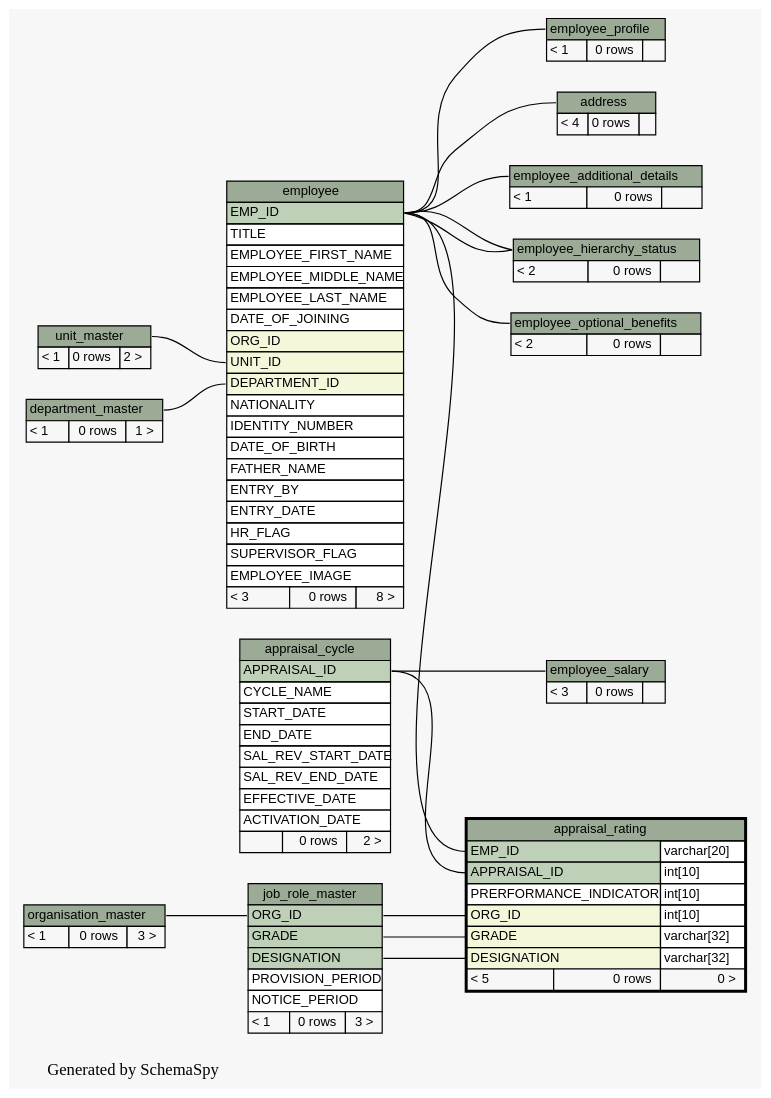
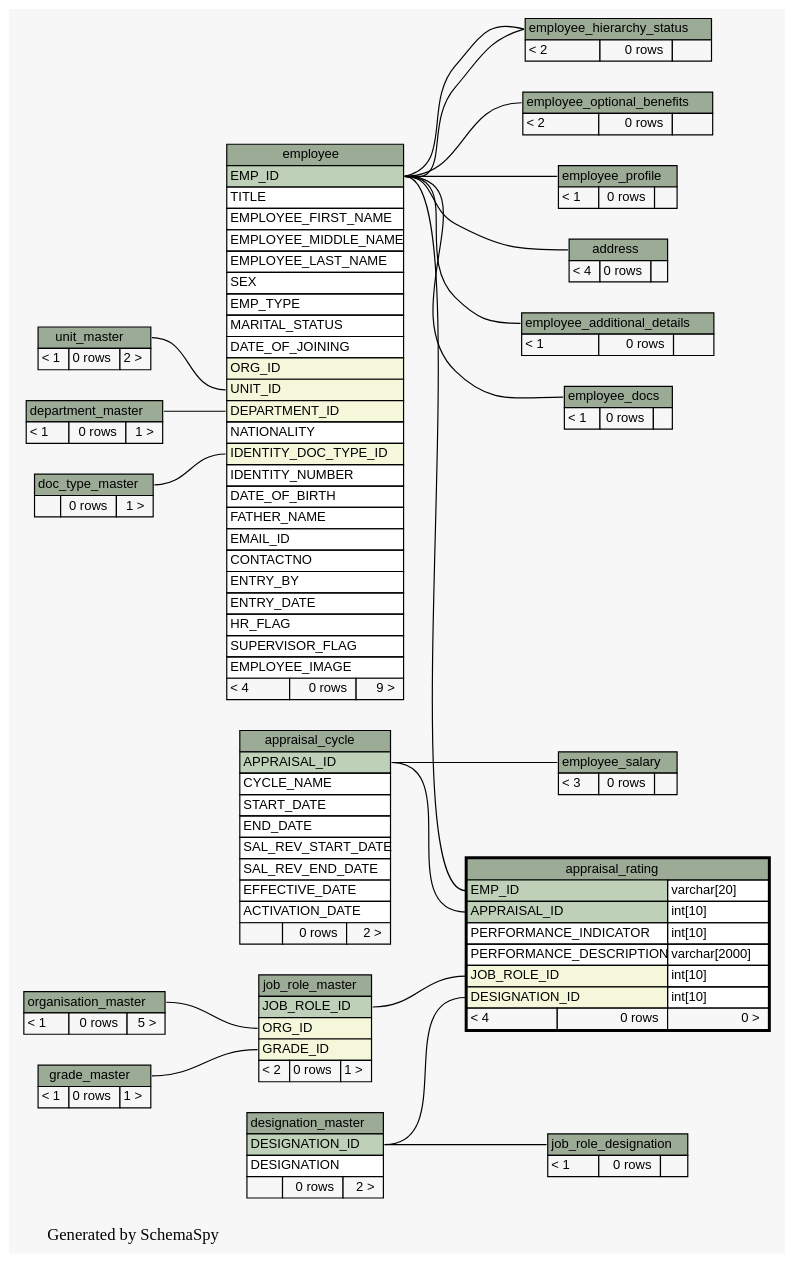
The diagram in docs/database/schemaspy/graphs/appraisal_rating.2degrees.dot (engineerscraft/hrms), drawn with Graphviz before and after one commit. The commit also changed 201 other files, not shown here.

```diff
--- a/docs/database/schemaspy/graphs/appraisal_rating.2degrees.dot
+++ b/docs/database/schemaspy/graphs/appraisal_rating.2degrees.dot
@@ -16,19 +16,22 @@
   ];
   "address":"address.heading":w -> "employee":"EMP_ID":e [arrowtail=tee arrowhead=none];
   "appraisal_rating":"APPRAISAL_ID":w -> "appraisal_cycle":"APPRAISAL_ID":e [arrowtail=crowtee arrowhead=none];
-  "appraisal_rating":"DESIGNATION":w -> "job_role_master":"DESIGNATION":e [arrowtail=crowodot arrowhead=none];
+  "appraisal_rating":"DESIGNATION_ID":w -> "designation_master":"DESIGNATION_ID":e [arrowtail=crowodot arrowhead=none];
   "appraisal_rating":"EMP_ID":w -> "employee":"EMP_ID":e [arrowtail=crowtee arrowhead=none];
-  "appraisal_rating":"GRADE":w -> "job_role_master":"GRADE":e [arrowtail=crowodot arrowhead=none];
-  "appraisal_rating":"ORG_ID":w -> "job_role_master":"ORG_ID":e [arrowtail=crowodot arrowhead=none];
+  "appraisal_rating":"JOB_ROLE_ID":w -> "job_role_master":"JOB_ROLE_ID":e [arrowtail=crowodot arrowhead=none];
   "employee":"DEPARTMENT_ID":w -> "department_master":"department_master.heading":e [arrowtail=crowodot arrowhead=none];
+  "employee":"IDENTITY_DOC_TYPE_ID":w -> "doc_type_master":"doc_type_master.heading":e [arrowtail=crowodot arrowhead=none];
   "employee":"UNIT_ID":w -> "unit_master":"unit_master.heading":e [arrowtail=crowodot arrowhead=none];
   "employee_additional_details":"employee_additional_details.heading":w -> "employee":"EMP_ID":e [arrowtail=tee arrowhead=none];
+  "employee_docs":"employee_docs.heading":w -> "employee":"EMP_ID":e [arrowtail=crowtee arrowhead=none];
   "employee_hierarchy_status":"employee_hierarchy_status.heading":w -> "employee":"EMP_ID":e [arrowtail=tee arrowhead=none];
   "employee_hierarchy_status":"employee_hierarchy_status.heading":w -> "employee":"EMP_ID":e [arrowtail=crowodot arrowhead=none];
   "employee_optional_benefits":"employee_optional_benefits.heading":w -> "employee":"EMP_ID":e [arrowtail=crowodot arrowhead=none];
   "employee_profile":"employee_profile.heading":w -> "employee":"EMP_ID":e [arrowtail=tee arrowhead=none];
   "employee_salary":"employee_salary.heading":w -> "appraisal_cycle":"APPRAISAL_ID":e [arrowtail=crowtee arrowhead=none];
-  "job_role_master":"ORG_ID":w -> "organisation_master":"organisation_master.heading":e [arrowtail=crowtee arrowhead=none];
+  "job_role_designation":"job_role_designation.heading":w -> "designation_master":"DESIGNATION_ID":e [arrowtail=crowtee arrowhead=none];
+  "job_role_master":"GRADE_ID":w -> "grade_master":"grade_master.heading":e [arrowtail=crowodot arrowhead=none];
+  "job_role_master":"ORG_ID":w -> "organisation_master":"organisation_master.heading":e [arrowtail=crowodot arrowhead=none];
   "address" [
     label=<
     <TABLE BORDER="0" CELLBORDER="1" CELLSPACING="0" BGCOLOR="#ffffff">
@@ -61,11 +64,11 @@
       <TR><TD PORT="appraisal_rating.heading" COLSPAN="3" BGCOLOR="#9bab96" ALIGN="CENTER">appraisal_rating</TD></TR>
       <TR><TD PORT="EMP_ID" COLSPAN="2" BGCOLOR="#bed1b8" ALIGN="LEFT">EMP_ID</TD><TD PORT="EMP_ID.type" ALIGN="LEFT">varchar[20]</TD></TR>
       <TR><TD PORT="APPRAISAL_ID" COLSPAN="2" BGCOLOR="#bed1b8" ALIGN="LEFT">APPRAISAL_ID</TD><TD PORT="APPRAISAL_ID.type" ALIGN="LEFT">int[10]</TD></TR>
-      <TR><TD PORT="PRERFORMANCE_INDICATOR" COLSPAN="2" ALIGN="LEFT">PRERFORMANCE_INDICATOR</TD><TD PORT="PRERFORMANCE_INDICATOR.type" ALIGN="LEFT">int[10]</TD></TR>
-      <TR><TD PORT="ORG_ID" COLSPAN="2" BGCOLOR="#f4f7da" ALIGN="LEFT">ORG_ID</TD><TD PORT="ORG_ID.type" ALIGN="LEFT">int[10]</TD></TR>
-      <TR><TD PORT="GRADE" COLSPAN="2" BGCOLOR="#f4f7da" ALIGN="LEFT">GRADE</TD><TD PORT="GRADE.type" ALIGN="LEFT">varchar[32]</TD></TR>
-      <TR><TD PORT="DESIGNATION" COLSPAN="2" BGCOLOR="#f4f7da" ALIGN="LEFT">DESIGNATION</TD><TD PORT="DESIGNATION.type" ALIGN="LEFT">varchar[32]</TD></TR>
-      <TR><TD ALIGN="LEFT" BGCOLOR="#f7f7f7">&lt; 5</TD><TD ALIGN="RIGHT" BGCOLOR="#f7f7f7">0 rows</TD><TD ALIGN="RIGHT" BGCOLOR="#f7f7f7">0 &gt;</TD></TR>
+      <TR><TD PORT="PERFORMANCE_INDICATOR" COLSPAN="2" ALIGN="LEFT">PERFORMANCE_INDICATOR</TD><TD PORT="PERFORMANCE_INDICATOR.type" ALIGN="LEFT">int[10]</TD></TR>
+      <TR><TD PORT="PERFORMANCE_DESCRIPTION" COLSPAN="2" ALIGN="LEFT">PERFORMANCE_DESCRIPTION</TD><TD PORT="PERFORMANCE_DESCRIPTION.type" ALIGN="LEFT">varchar[2000]</TD></TR>
+      <TR><TD PORT="JOB_ROLE_ID" COLSPAN="2" BGCOLOR="#f4f7da" ALIGN="LEFT">JOB_ROLE_ID</TD><TD PORT="JOB_ROLE_ID.type" ALIGN="LEFT">int[10]</TD></TR>
+      <TR><TD PORT="DESIGNATION_ID" COLSPAN="2" BGCOLOR="#f4f7da" ALIGN="LEFT">DESIGNATION_ID</TD><TD PORT="DESIGNATION_ID.type" ALIGN="LEFT">int[10]</TD></TR>
+      <TR><TD ALIGN="LEFT" BGCOLOR="#f7f7f7">&lt; 4</TD><TD ALIGN="RIGHT" BGCOLOR="#f7f7f7">0 rows</TD><TD ALIGN="RIGHT" BGCOLOR="#f7f7f7">0 &gt;</TD></TR>
     </TABLE>>
     URL="appraisal_rating.html#"
     tooltip="appraisal_rating"
@@ -79,6 +82,26 @@
     URL="department_master.html#graph"
     tooltip="department_master"
   ];
+  "designation_master" [
+    label=<
+    <TABLE BORDER="0" CELLBORDER="1" CELLSPACING="0" BGCOLOR="#ffffff">
+      <TR><TD PORT="designation_master.heading" COLSPAN="3" BGCOLOR="#9bab96" ALIGN="CENTER">designation_master</TD></TR>
+      <TR><TD PORT="DESIGNATION_ID" COLSPAN="3" BGCOLOR="#bed1b8" ALIGN="LEFT">DESIGNATION_ID</TD></TR>
+      <TR><TD PORT="DESIGNATION" COLSPAN="3" ALIGN="LEFT">DESIGNATION</TD></TR>
+      <TR><TD ALIGN="LEFT" BGCOLOR="#f7f7f7">  </TD><TD ALIGN="RIGHT" BGCOLOR="#f7f7f7">0 rows</TD><TD ALIGN="RIGHT" BGCOLOR="#f7f7f7">2 &gt;</TD></TR>
+    </TABLE>>
+    URL="designation_master.html#graph"
+    tooltip="designation_master"
+  ];
+  "doc_type_master" [
+    label=<
+    <TABLE BORDER="0" CELLBORDER="1" CELLSPACING="0" BGCOLOR="#ffffff">
+      <TR><TD PORT="doc_type_master.heading" COLSPAN="3" BGCOLOR="#9bab96" ALIGN="CENTER">doc_type_master</TD></TR>
+      <TR><TD ALIGN="LEFT" BGCOLOR="#f7f7f7">  </TD><TD ALIGN="RIGHT" BGCOLOR="#f7f7f7">0 rows</TD><TD ALIGN="RIGHT" BGCOLOR="#f7f7f7">1 &gt;</TD></TR>
+    </TABLE>>
+    URL="doc_type_master.html#graph"
+    tooltip="doc_type_master"
+  ];
   "employee" [
     label=<
     <TABLE BORDER="0" CELLBORDER="1" CELLSPACING="0" BGCOLOR="#ffffff">
@@ -88,20 +111,26 @@
       <TR><TD PORT="EMPLOYEE_FIRST_NAME" COLSPAN="3" ALIGN="LEFT">EMPLOYEE_FIRST_NAME</TD></TR>
       <TR><TD PORT="EMPLOYEE_MIDDLE_NAME" COLSPAN="3" ALIGN="LEFT">EMPLOYEE_MIDDLE_NAME</TD></TR>
       <TR><TD PORT="EMPLOYEE_LAST_NAME" COLSPAN="3" ALIGN="LEFT">EMPLOYEE_LAST_NAME</TD></TR>
+      <TR><TD PORT="SEX" COLSPAN="3" ALIGN="LEFT">SEX</TD></TR>
+      <TR><TD PORT="EMP_TYPE" COLSPAN="3" ALIGN="LEFT">EMP_TYPE</TD></TR>
+      <TR><TD PORT="MARITAL_STATUS" COLSPAN="3" ALIGN="LEFT">MARITAL_STATUS</TD></TR>
       <TR><TD PORT="DATE_OF_JOINING" COLSPAN="3" ALIGN="LEFT">DATE_OF_JOINING</TD></TR>
       <TR><TD PORT="ORG_ID" COLSPAN="3" BGCOLOR="#f4f7da" ALIGN="LEFT">ORG_ID</TD></TR>
       <TR><TD PORT="UNIT_ID" COLSPAN="3" BGCOLOR="#f4f7da" ALIGN="LEFT">UNIT_ID</TD></TR>
       <TR><TD PORT="DEPARTMENT_ID" COLSPAN="3" BGCOLOR="#f4f7da" ALIGN="LEFT">DEPARTMENT_ID</TD></TR>
       <TR><TD PORT="NATIONALITY" COLSPAN="3" ALIGN="LEFT">NATIONALITY</TD></TR>
+      <TR><TD PORT="IDENTITY_DOC_TYPE_ID" COLSPAN="3" BGCOLOR="#f4f7da" ALIGN="LEFT">IDENTITY_DOC_TYPE_ID</TD></TR>
       <TR><TD PORT="IDENTITY_NUMBER" COLSPAN="3" ALIGN="LEFT">IDENTITY_NUMBER</TD></TR>
       <TR><TD PORT="DATE_OF_BIRTH" COLSPAN="3" ALIGN="LEFT">DATE_OF_BIRTH</TD></TR>
       <TR><TD PORT="FATHER_NAME" COLSPAN="3" ALIGN="LEFT">FATHER_NAME</TD></TR>
+      <TR><TD PORT="EMAIL_ID" COLSPAN="3" ALIGN="LEFT">EMAIL_ID</TD></TR>
+      <TR><TD PORT="CONTACTNO" COLSPAN="3" ALIGN="LEFT">CONTACTNO</TD></TR>
       <TR><TD PORT="ENTRY_BY" COLSPAN="3" ALIGN="LEFT">ENTRY_BY</TD></TR>
       <TR><TD PORT="ENTRY_DATE" COLSPAN="3" ALIGN="LEFT">ENTRY_DATE</TD></TR>
       <TR><TD PORT="HR_FLAG" COLSPAN="3" ALIGN="LEFT">HR_FLAG</TD></TR>
       <TR><TD PORT="SUPERVISOR_FLAG" COLSPAN="3" ALIGN="LEFT">SUPERVISOR_FLAG</TD></TR>
       <TR><TD PORT="EMPLOYEE_IMAGE" COLSPAN="3" ALIGN="LEFT">EMPLOYEE_IMAGE</TD></TR>
-      <TR><TD ALIGN="LEFT" BGCOLOR="#f7f7f7">&lt; 3</TD><TD ALIGN="RIGHT" BGCOLOR="#f7f7f7">0 rows</TD><TD ALIGN="RIGHT" BGCOLOR="#f7f7f7">8 &gt;</TD></TR>
+      <TR><TD ALIGN="LEFT" BGCOLOR="#f7f7f7">&lt; 4</TD><TD ALIGN="RIGHT" BGCOLOR="#f7f7f7">0 rows</TD><TD ALIGN="RIGHT" BGCOLOR="#f7f7f7">9 &gt;</TD></TR>
     </TABLE>>
     URL="employee.html#graph"
     tooltip="employee"
@@ -114,6 +143,15 @@
     </TABLE>>
     URL="employee_additional_details.html#graph"
     tooltip="employee_additional_details"
+  ];
+  "employee_docs" [
+    label=<
+    <TABLE BORDER="0" CELLBORDER="1" CELLSPACING="0" BGCOLOR="#ffffff">
+      <TR><TD PORT="employee_docs.heading" COLSPAN="3" BGCOLOR="#9bab96" ALIGN="CENTER">employee_docs</TD></TR>
+      <TR><TD ALIGN="LEFT" BGCOLOR="#f7f7f7">&lt; 1</TD><TD ALIGN="RIGHT" BGCOLOR="#f7f7f7">0 rows</TD><TD ALIGN="RIGHT" BGCOLOR="#f7f7f7">  </TD></TR>
+    </TABLE>>
+    URL="employee_docs.html#graph"
+    tooltip="employee_docs"
   ];
   "employee_hierarchy_status" [
     label=<
@@ -151,16 +189,32 @@
     URL="employee_salary.html#graph"
     tooltip="employee_salary"
   ];
+  "grade_master" [
+    label=<
+    <TABLE BORDER="0" CELLBORDER="1" CELLSPACING="0" BGCOLOR="#ffffff">
+      <TR><TD PORT="grade_master.heading" COLSPAN="3" BGCOLOR="#9bab96" ALIGN="CENTER">grade_master</TD></TR>
+      <TR><TD ALIGN="LEFT" BGCOLOR="#f7f7f7">&lt; 1</TD><TD ALIGN="RIGHT" BGCOLOR="#f7f7f7">0 rows</TD><TD ALIGN="RIGHT" BGCOLOR="#f7f7f7">1 &gt;</TD></TR>
+    </TABLE>>
+    URL="grade_master.html#graph"
+    tooltip="grade_master"
+  ];
+  "job_role_designation" [
+    label=<
+    <TABLE BORDER="0" CELLBORDER="1" CELLSPACING="0" BGCOLOR="#ffffff">
+      <TR><TD PORT="job_role_designation.heading" COLSPAN="3" BGCOLOR="#9bab96" ALIGN="CENTER">job_role_designation</TD></TR>
+      <TR><TD ALIGN="LEFT" BGCOLOR="#f7f7f7">&lt; 1</TD><TD ALIGN="RIGHT" BGCOLOR="#f7f7f7">0 rows</TD><TD ALIGN="RIGHT" BGCOLOR="#f7f7f7">  </TD></TR>
+    </TABLE>>
+    URL="job_role_designation.html#graph"
+    tooltip="job_role_designation"
+  ];
   "job_role_master" [
     label=<
     <TABLE BORDER="0" CELLBORDER="1" CELLSPACING="0" BGCOLOR="#ffffff">
       <TR><TD PORT="job_role_master.heading" COLSPAN="3" BGCOLOR="#9bab96" ALIGN="CENTER">job_role_master</TD></TR>
-      <TR><TD PORT="ORG_ID" COLSPAN="3" BGCOLOR="#bed1b8" ALIGN="LEFT">ORG_ID</TD></TR>
-      <TR><TD PORT="GRADE" COLSPAN="3" BGCOLOR="#bed1b8" ALIGN="LEFT">GRADE</TD></TR>
-      <TR><TD PORT="DESIGNATION" COLSPAN="3" BGCOLOR="#bed1b8" ALIGN="LEFT">DESIGNATION</TD></TR>
-      <TR><TD PORT="PROVISION_PERIOD" COLSPAN="3" ALIGN="LEFT">PROVISION_PERIOD</TD></TR>
-      <TR><TD PORT="NOTICE_PERIOD" COLSPAN="3" ALIGN="LEFT">NOTICE_PERIOD</TD></TR>
-      <TR><TD ALIGN="LEFT" BGCOLOR="#f7f7f7">&lt; 1</TD><TD ALIGN="RIGHT" BGCOLOR="#f7f7f7">0 rows</TD><TD ALIGN="RIGHT" BGCOLOR="#f7f7f7">3 &gt;</TD></TR>
+      <TR><TD PORT="JOB_ROLE_ID" COLSPAN="3" BGCOLOR="#bed1b8" ALIGN="LEFT">JOB_ROLE_ID</TD></TR>
+      <TR><TD PORT="ORG_ID" COLSPAN="3" BGCOLOR="#f4f7da" ALIGN="LEFT">ORG_ID</TD></TR>
+      <TR><TD PORT="GRADE_ID" COLSPAN="3" BGCOLOR="#f4f7da" ALIGN="LEFT">GRADE_ID</TD></TR>
+      <TR><TD ALIGN="LEFT" BGCOLOR="#f7f7f7">&lt; 2</TD><TD ALIGN="RIGHT" BGCOLOR="#f7f7f7">0 rows</TD><TD ALIGN="RIGHT" BGCOLOR="#f7f7f7">1 &gt;</TD></TR>
     </TABLE>>
     URL="job_role_master.html#graph"
     tooltip="job_role_master"
@@ -169,7 +223,7 @@
     label=<
     <TABLE BORDER="0" CELLBORDER="1" CELLSPACING="0" BGCOLOR="#ffffff">
       <TR><TD PORT="organisation_master.heading" COLSPAN="3" BGCOLOR="#9bab96" ALIGN="CENTER">organisation_master</TD></TR>
-      <TR><TD ALIGN="LEFT" BGCOLOR="#f7f7f7">&lt; 1</TD><TD ALIGN="RIGHT" BGCOLOR="#f7f7f7">0 rows</TD><TD ALIGN="RIGHT" BGCOLOR="#f7f7f7">3 &gt;</TD></TR>
+      <TR><TD ALIGN="LEFT" BGCOLOR="#f7f7f7">&lt; 1</TD><TD ALIGN="RIGHT" BGCOLOR="#f7f7f7">0 rows</TD><TD ALIGN="RIGHT" BGCOLOR="#f7f7f7">5 &gt;</TD></TR>
     </TABLE>>
     URL="organisation_master.html#graph"
     tooltip="organisation_master"
```
